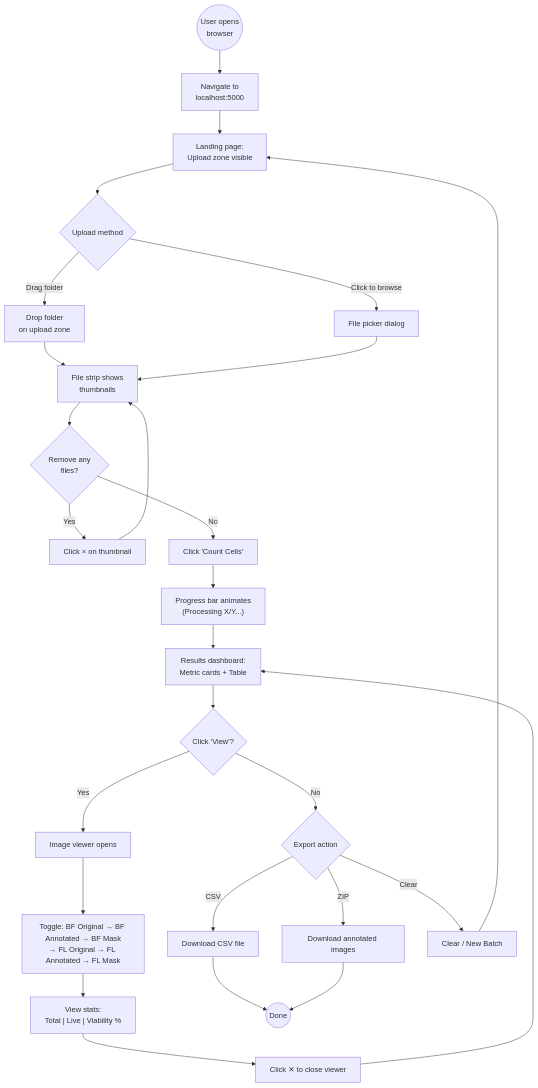
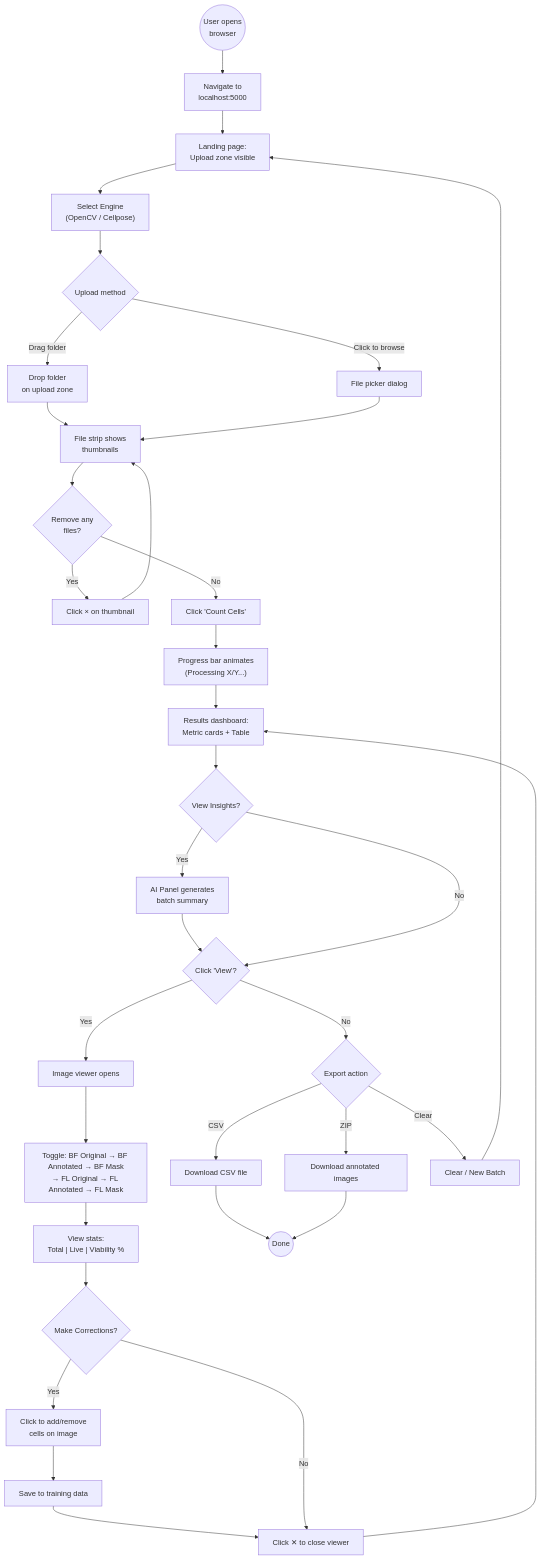
One commit to VISHNU07202003/Cell-Counter changed the second of 2 diagrams in UXD/D5_Design_Artifacts.md. Above: the diagram before and after it, drawn with Mermaid. The commit also changed other lines of this file and 11 other files, not shown here.

````diff
--- a/UXD/D5_Design_Artifacts.md
+++ b/UXD/D5_Design_Artifacts.md
@@ -231,34 +238,43 @@
 ```mermaid
 flowchart TD
     START(("User opens\nbrowser")) --> LOGIN["Navigate to\nlocalhost:5000"]
     LOGIN --> LANDING["Landing page:\nUpload zone visible"]
     
-    LANDING --> UPLOAD{"Upload method"}
+    LANDING --> ENGINE["Select Engine\n(OpenCV / Cellpose)"]
+    ENGINE --> UPLOAD{"Upload method"}
     UPLOAD -->|"Drag folder"| DROP["Drop folder\non upload zone"]
     UPLOAD -->|"Click to browse"| BROWSE["File picker dialog"]
     DROP --> PREVIEW["File strip shows\nthumbnails"]
     BROWSE --> PREVIEW
     
     PREVIEW --> REMOVE{"Remove any\nfiles?"}
     REMOVE -->|Yes| CLICK_X["Click × on thumbnail"]
     CLICK_X --> PREVIEW
     REMOVE -->|No| COUNT["Click 'Count Cells'"]
     
     COUNT --> PROGRESS["Progress bar animates\n(Processing X/Y...)"]
     PROGRESS --> RESULTS["Results dashboard:\nMetric cards + Table"]
     
-    RESULTS --> VIEW_BTN{"Click 'View'?"}
+    RESULTS --> INSIGHTS{"View Insights?"}
+    INSIGHTS -->|Yes| SHOW_AI["AI Panel generates\nbatch summary"]
+    SHOW_AI --> VIEW_BTN
+    INSIGHTS -->|No| VIEW_BTN{"Click 'View'?"}
+    
     VIEW_BTN -->|Yes| VIEWER["Image viewer opens"]
     VIEWER --> TOGGLE["Toggle: BF Original → BF Annotated → BF Mask\n→ FL Original → FL Annotated → FL Mask"]
     TOGGLE --> STATS["View stats:\nTotal | Live | Viability %"]
-    STATS --> CLOSE["Click ✕ to close viewer"]
+    STATS --> AL_CANVAS{"Make Corrections?"}
+    AL_CANVAS -->|Yes| ADD_REM["Click to add/remove\ncells on image"]
+    ADD_REM --> SAVE_CORR["Save to training data"]
+    SAVE_CORR --> CLOSE["Click ✕ to close viewer"]
+    AL_CANVAS -->|No| CLOSE
     CLOSE --> RESULTS
     
     VIEW_BTN -->|No| EXPORT{"Export action"}
     EXPORT -->|CSV| DL_CSV["Download CSV file"]
     EXPORT -->|ZIP| DL_ZIP["Download annotated images"]
     EXPORT -->|Clear| CLEAR["Clear / New Batch"]
     CLEAR --> LANDING
     DL_CSV --> DONE(("Done"))
     DL_ZIP --> DONE
 ```
````
